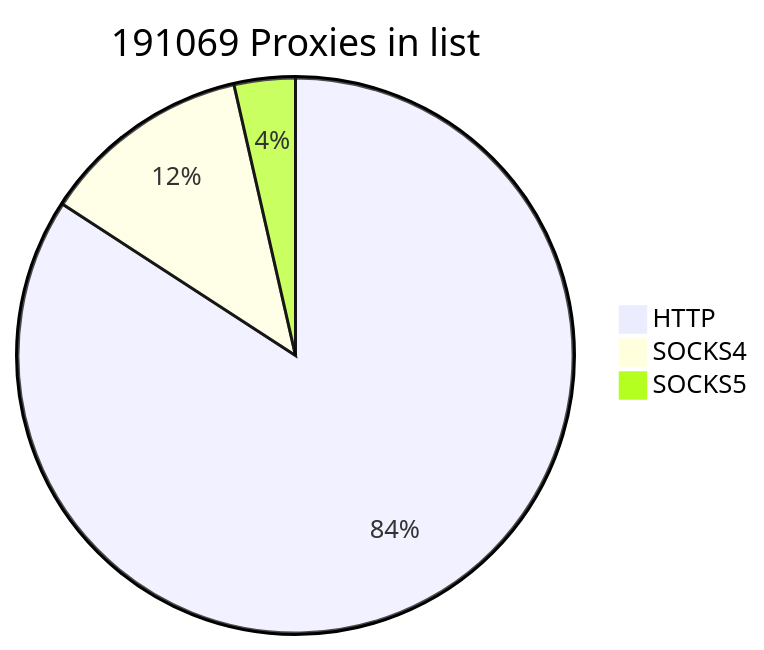
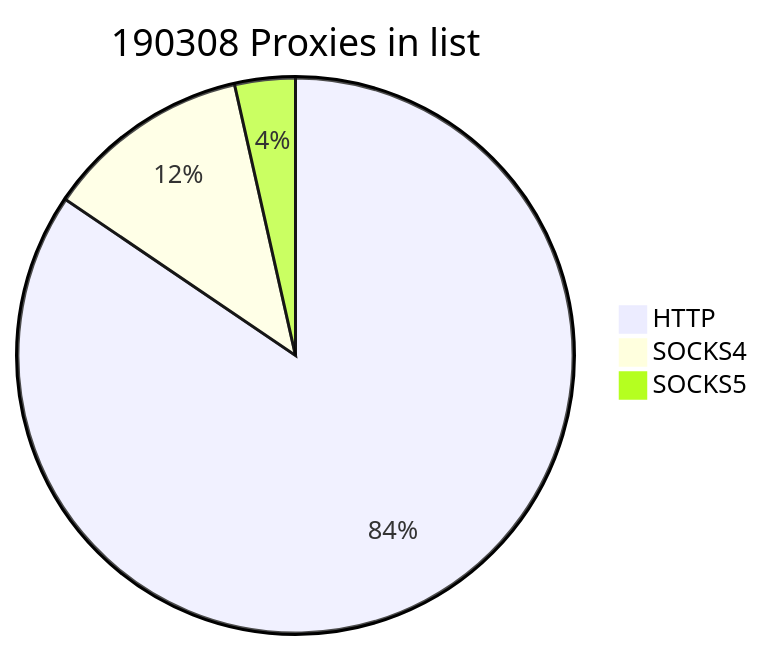
One commit to cutipu/proxylist changed the first of 2 diagrams in README.md. Above: the diagram before and after it, drawn with Mermaid. The commit also changed other lines of this file, not shown here.

````diff
--- a/README.md
+++ b/README.md
@@ -2,7 +2,7 @@
 ```mermaid
-pie title 191069 Proxies in list
-    "HTTP" : 160817
-    "SOCKS4" : 23456
-    "SOCKS5" : 6796
+pie title 190308 Proxies in list
+    "HTTP" : 160791
+    "SOCKS4" : 22814
+    "SOCKS5" : 6703
             
 ```
````
